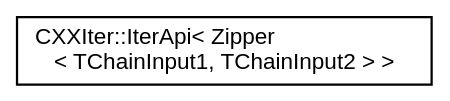
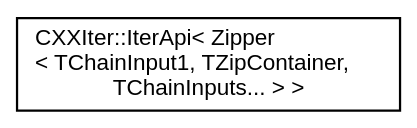
Before and after one commit to seijikun/CXXIter: the diagram in inherit_graph_18.dot, drawn with Graphviz. The commit also changed 49 other files, not shown here.

```diff
--- a/inherit_graph_18.dot
+++ b/inherit_graph_18.dot
@@ -1,10 +1,10 @@
 digraph "Graphical Class Hierarchy"
 {
  // INTERACTIVE_SVG=YES
  // LATEX_PDF_SIZE
   bgcolor="transparent";
   edge [fontname="Helvetica",fontsize="10",labelfontname="Helvetica",labelfontsize="10"];
   node [fontname="Helvetica",fontsize="10",shape=record];
   rankdir="LR";
-  Node0 [label="CXXIter::IterApi\< Zipper\l\< TChainInput1, TChainInput2 \> \>",height=0.2,width=0.4,color="black",URL="$classCXXIter_1_1IterApi.html",tooltip=" "];
+  Node0 [label="CXXIter::IterApi\< Zipper\l\< TChainInput1, TZipContainer,\l TChainInputs... \> \>",height=0.2,width=0.4,color="black",URL="$classCXXIter_1_1IterApi.html",tooltip=" "];
 }
```
